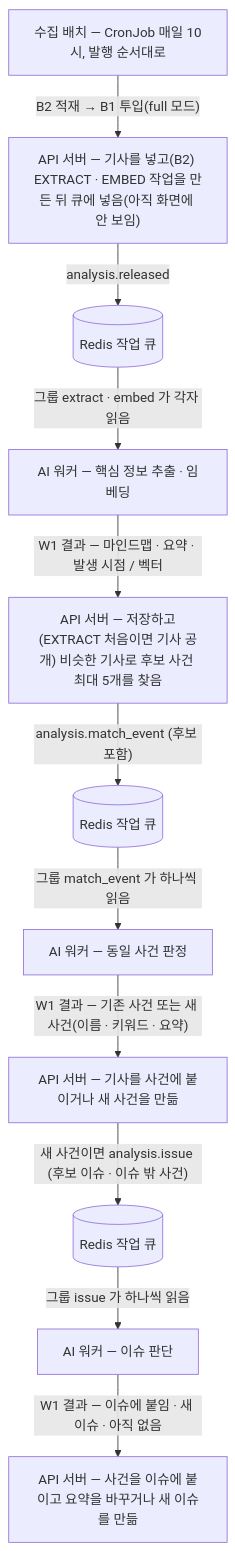
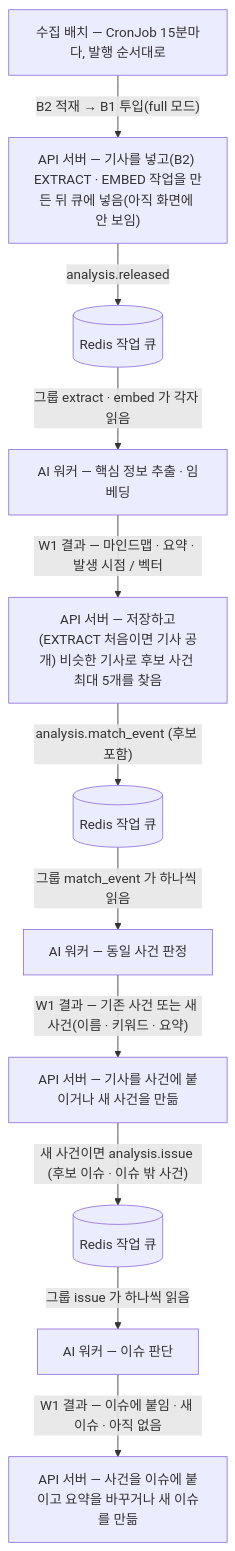
The first of 3 diagrams in docs/api-internal.md (a102-NEWLEARN/NEW-LEARN), drawn with Mermaid before and after one commit. The commit also changed other lines of this file and 11 other files, not shown here.

````diff
--- a/docs/api-internal.md
+++ b/docs/api-internal.md
@@ -21,13 +21,13 @@
 ```mermaid
 flowchart TD
-  B["수집 배치 — CronJob 매일 10시, 발행 순서대로"] -->|"B2 적재 → B1 투입(full 모드)"| A1["API 서버 — 기사를 넣고(B2) EXTRACT · EMBED 작업을 만든 뒤 큐에 넣음(아직 화면에 안 보임)"]
+  B["수집 배치 — CronJob 15분마다, 발행 순서대로"] -->|"B2 적재 → B1 투입(full 모드)"| A1["API 서버 — 기사를 넣고(B2) EXTRACT · EMBED 작업을 만든 뒤 큐에 넣음(아직 화면에 안 보임)"]
   A1 -->|"analysis.released"| Q1[("Redis 작업 큐")]
   Q1 -->|"그룹 extract · embed 가 각자 읽음"| W1["AI 워커 — 핵심 정보 추출 · 임베딩"]
   W1 -->|"W1 결과 — 마인드맵 · 요약 · 발생 시점 / 벡터"| A2["API 서버 — 저장하고(EXTRACT 처음이면 기사 공개) 비슷한 기사로 후보 사건 최대 5개를 찾음"]
   A2 -->|"analysis.match_event (후보 포함)"| Q2[("Redis 작업 큐")]
   Q2 -->|"그룹 match_event 가 하나씩 읽음"| W2["AI 워커 — 동일 사건 판정"]
   W2 -->|"W1 결과 — 기존 사건 또는 새 사건(이름 · 키워드 · 요약)"| A3["API 서버 — 기사를 사건에 붙이거나 새 사건을 만듦"]
   A3 -->|"새 사건이면 analysis.issue (후보 이슈 · 이슈 밖 사건)"| Q3[("Redis 작업 큐")]
   Q3 -->|"그룹 issue 가 하나씩 읽음"| W3["AI 워커 — 이슈 판단"]
   W3 -->|"W1 결과 — 이슈에 붙임 · 새 이슈 · 아직 없음"| A4["API 서버 — 사건을 이슈에 붙이고 요약을 바꾸거나 새 이슈를 만듦"]
 ```
````
